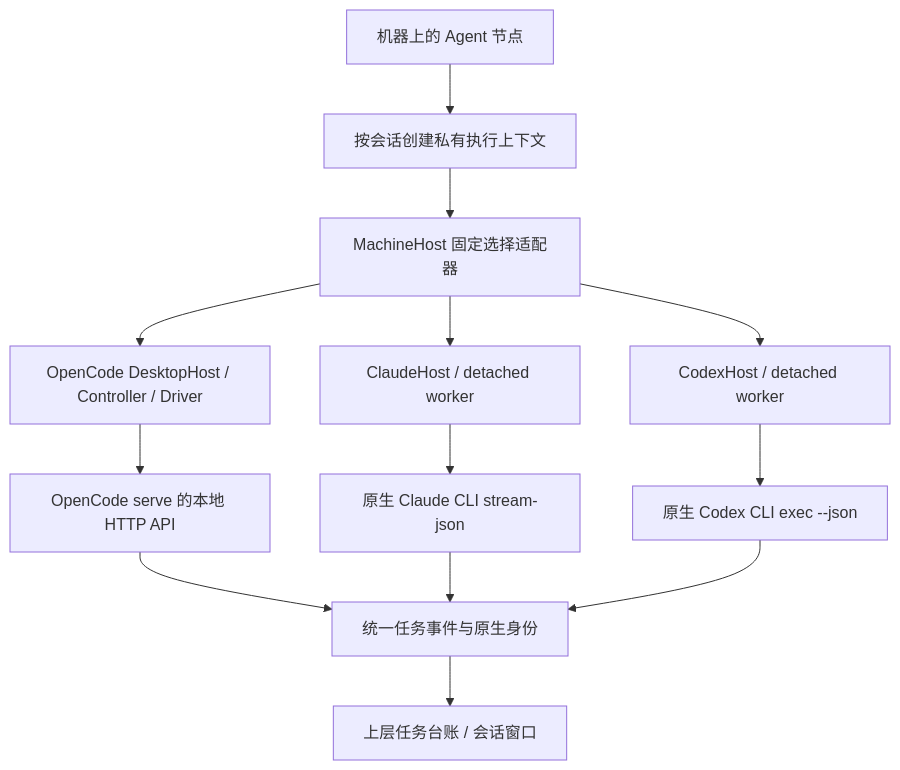
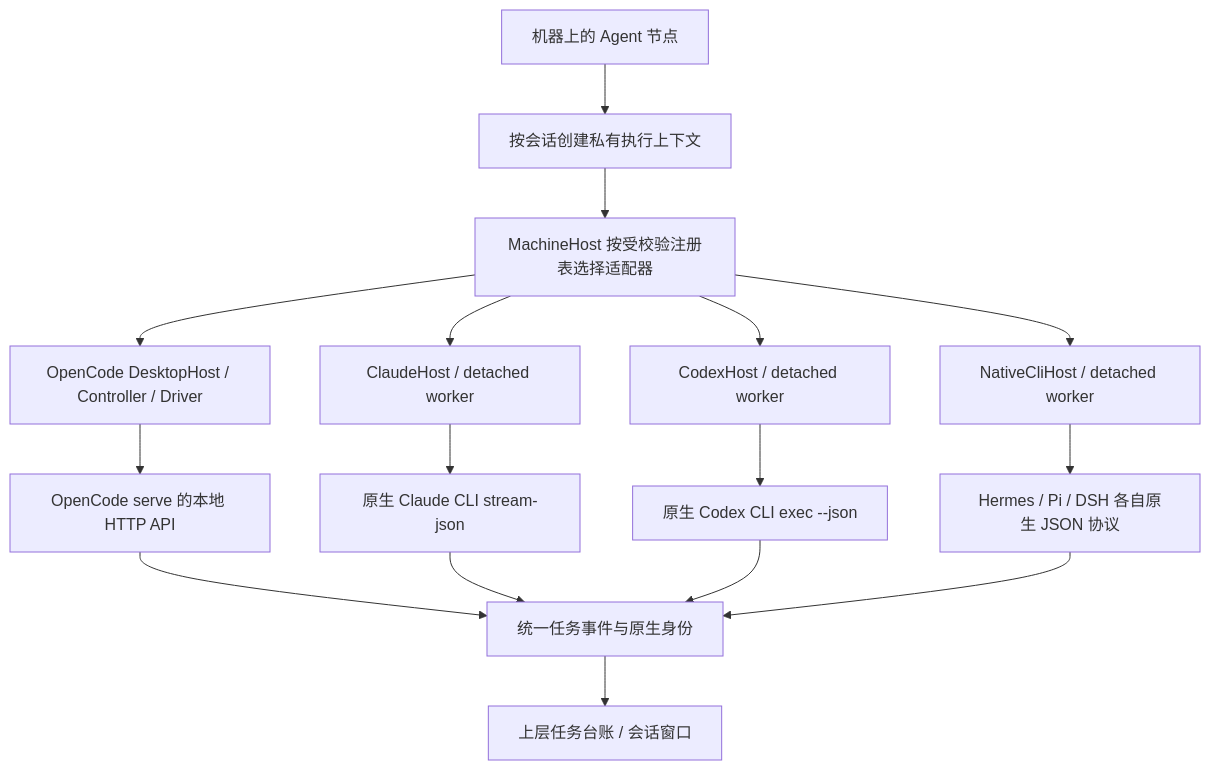
One commit to wsjq5477/MA-Relay changed the first of 2 diagrams in doc/modules/06-native-adapters/design.md. Above: the diagram before and after it, drawn with Mermaid. The commit also changed other lines of this file and 151 other files, not shown here.

````diff
--- a/doc/modules/06-native-adapters/design.md
+++ b/doc/modules/06-native-adapters/design.md
@@ -48,15 +61,18 @@
 ```mermaid
 flowchart TD
     N[机器上的 Agent 节点] --> C[按会话创建私有执行上下文]
-    C --> H[MachineHost 固定选择适配器]
+    C --> H[MachineHost 按受校验注册表选择适配器]
     H --> O[OpenCode DesktopHost / Controller / Driver]
     H --> A[ClaudeHost / detached worker]
     H --> X[CodexHost / detached worker]
+    H --> G[NativeCliHost / detached worker]
+    G --> GP[Hermes / Pi / DSH 各自原生 JSON 协议]
     O --> OH[OpenCode serve 的本地 HTTP API]
     A --> AC[原生 Claude CLI stream-json]
     X --> XC[原生 Codex CLI exec --json]
     OH --> E[统一任务事件与原生身份]
     AC --> E
     XC --> E
+    GP --> E
     E --> S[上层任务台账 / 会话窗口]
 ```
````
